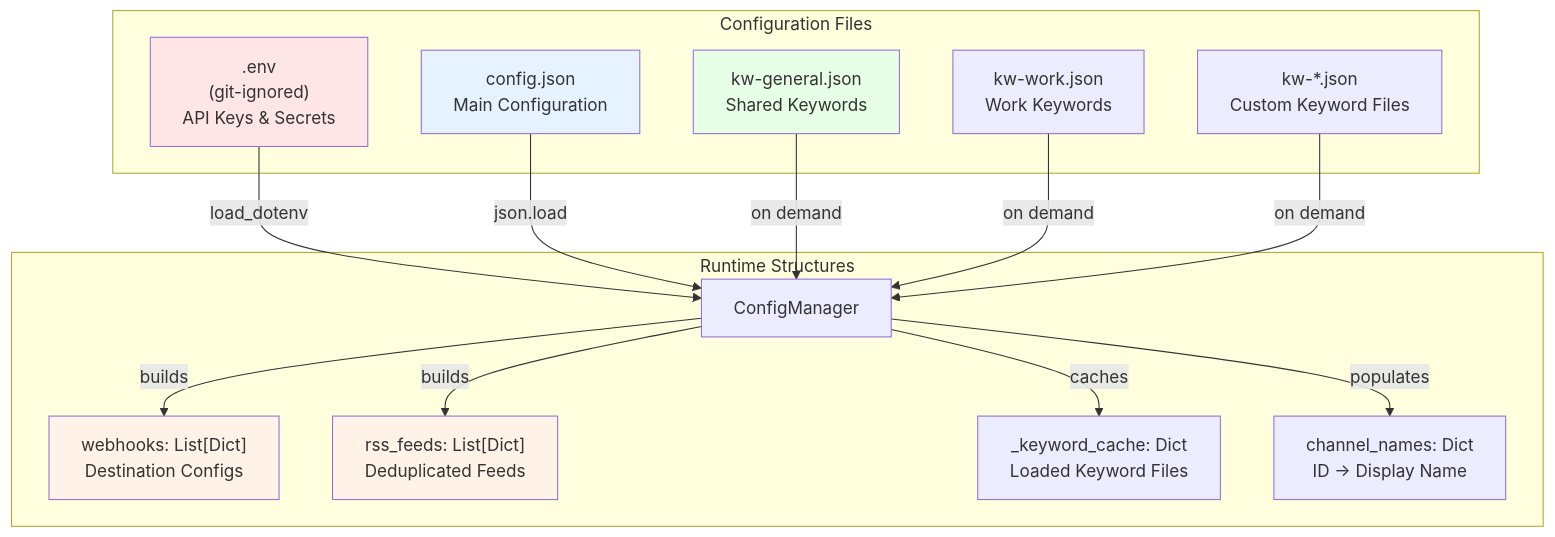
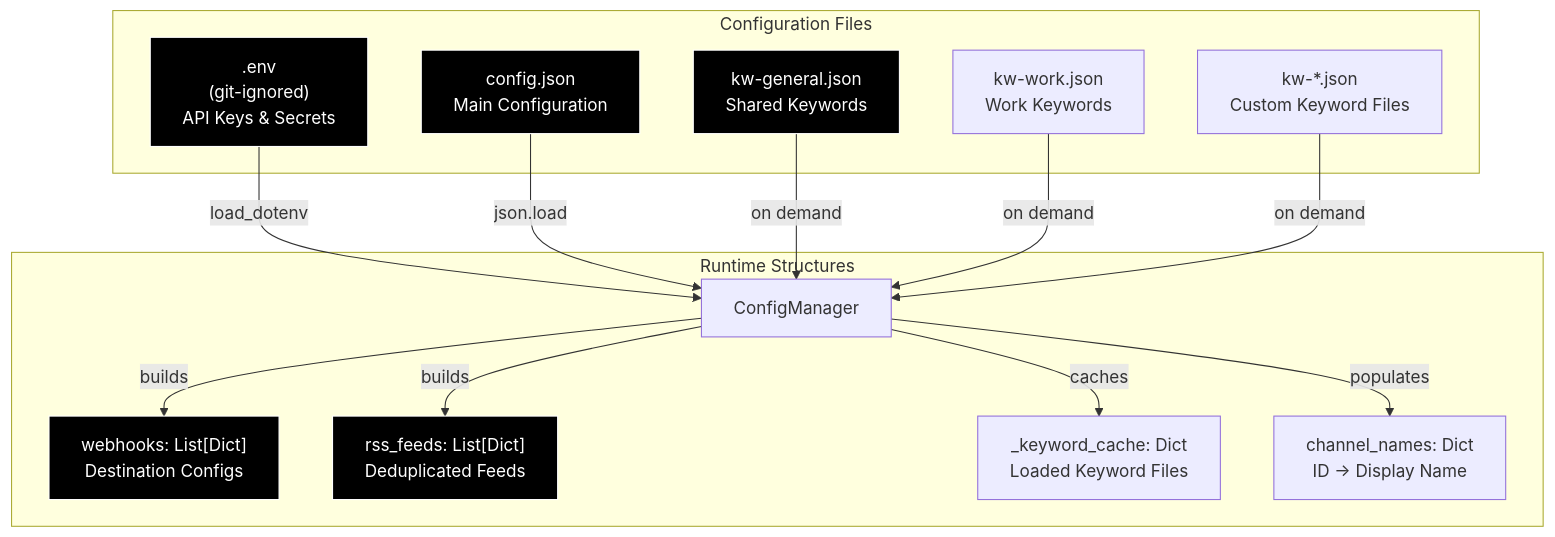
One commit to Dysrhythmic/Watchtower changed the first of 3 diagrams in docs/configuration-structure.md. Above: the diagram before and after it, drawn with Mermaid. The commit also changed other lines of this file and 4 other files, not shown here.

First line of the commit message:
Fix Mermaid syntax errors and switch to black box theme

````diff
--- a/docs/configuration-structure.md
+++ b/docs/configuration-structure.md
@@ -7,35 +7,35 @@
 ```mermaid
 graph TB
     subgraph "Configuration Files"
         ENV[".env<br/>(git-ignored)<br/>API Keys & Secrets"]
         CONFIG["config.json<br/>Main Configuration"]
         KW_GEN["kw-general.json<br/>Shared Keywords"]
         KW_WORK["kw-work.json<br/>Work Keywords"]
         KW_CUSTOM["kw-*.json<br/>Custom Keyword Files"]
     end
 
     subgraph "Runtime Structures"
         CM[ConfigManager]
         WEBHOOKS["webhooks: List[Dict]<br/>Destination Configs"]
         RSS_FEEDS["rss_feeds: List[Dict]<br/>Deduplicated Feeds"]
         KW_CACHE["_keyword_cache: Dict<br/>Loaded Keyword Files"]
         CHANNEL_NAMES["channel_names: Dict<br/>ID → Display Name"]
     end
 
     ENV -->|load_dotenv| CM
     CONFIG -->|json.load| CM
     KW_GEN -->|on demand| CM
     KW_WORK -->|on demand| CM
     KW_CUSTOM -->|on demand| CM
 
     CM -->|builds| WEBHOOKS
     CM -->|builds| RSS_FEEDS
     CM -->|caches| KW_CACHE
     CM -->|populates| CHANNEL_NAMES
 
-    style ENV fill:#ffe6e6
-    style CONFIG fill:#e6f2ff
-    style KW_GEN fill:#e6ffe6
-    style WEBHOOKS fill:#fff2e6
-    style RSS_FEEDS fill:#fff2e6
+    style ENV fill:#000,stroke:#fff,color:#fff
+    style CONFIG fill:#000,stroke:#fff,color:#fff
+    style KW_GEN fill:#000,stroke:#fff,color:#fff
+    style WEBHOOKS fill:#000,stroke:#fff,color:#fff
+    style RSS_FEEDS fill:#000,stroke:#fff,color:#fff
 ```
````
